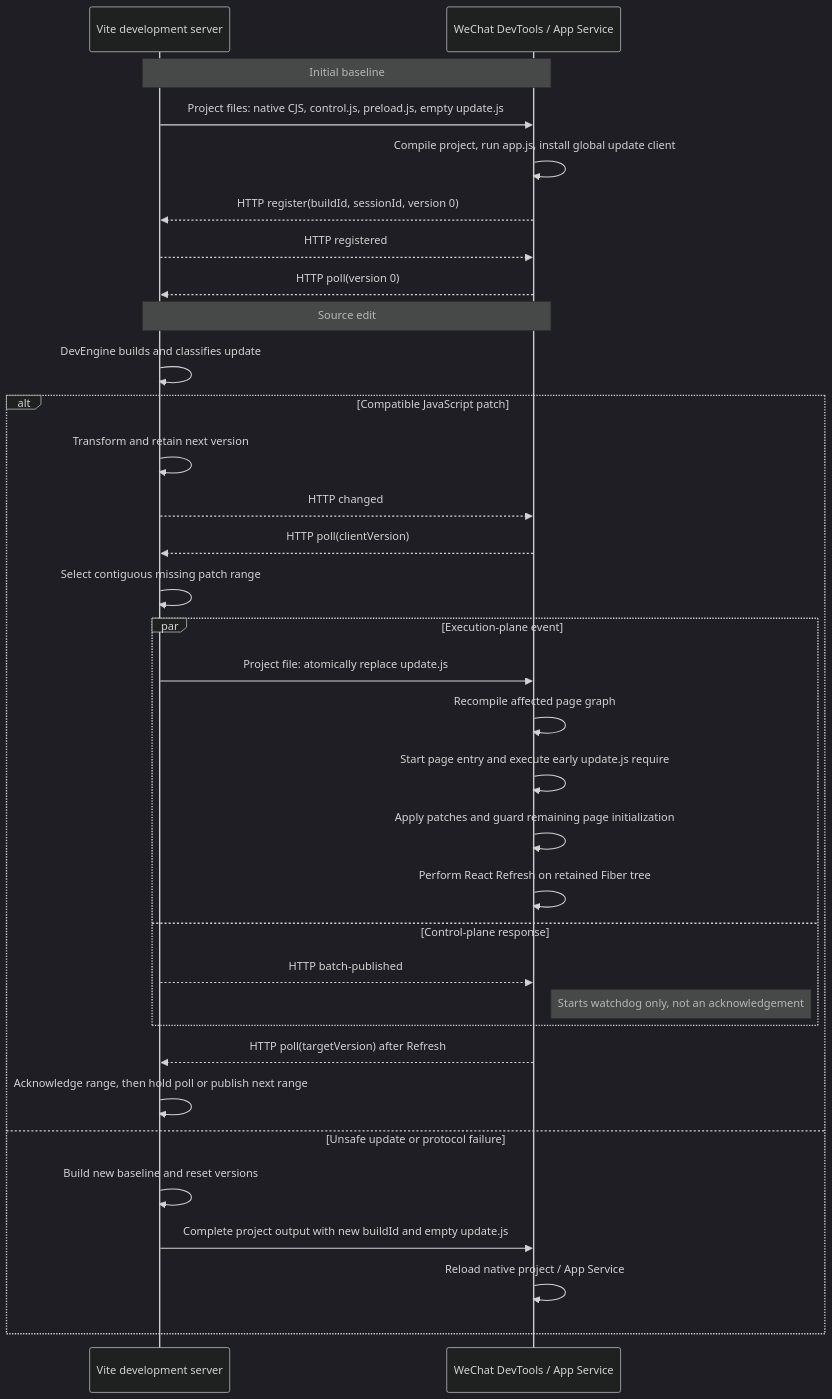
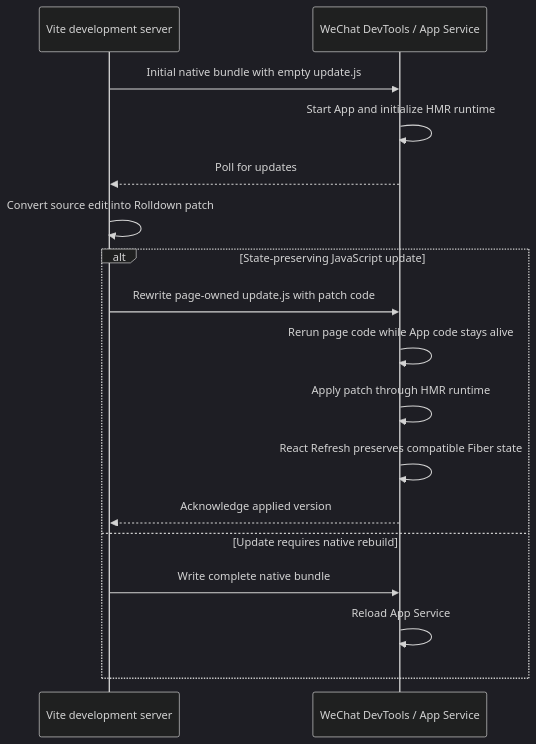
Before and after one commit to sep2/vite-plugin-taro: the diagram in draft/hmr-architecture.md, drawn with Mermaid (dark theme). The commit also changed other lines of this file, not shown here.

Commit message:
docs: clarify HMR runtime behavior and update workflows in architecture draft

````diff
--- a/draft/hmr-architecture.md
+++ b/draft/hmr-architecture.md
@@ -94,40 +94,22 @@
 ```mermaid
 sequenceDiagram
     participant Server as Vite development server
     participant WX as WeChat DevTools / App Service
 
-    Note over Server,WX: Initial baseline
-    Server->>WX: Project files: native CJS, control.js, preload.js, empty update.js
-    WX->>WX: Compile project, run app.js, install global update client
-    WX-->>Server: HTTP register(buildId, sessionId, version 0)
-    Server-->>WX: HTTP registered
-    WX-->>Server: HTTP poll(version 0)
+    Server->>WX: Initial native bundle with empty update.js
+    WX->>WX: Start App and initialize HMR runtime
+    WX-->>Server: Poll for updates
 
-    Note over Server,WX: Source edit
-    Server->>Server: DevEngine builds and classifies update
+    Server->>Server: Convert source edit into Rolldown patch
 
-    alt Compatible JavaScript patch
-        Server->>Server: Transform and retain next version
-        Server-->>WX: HTTP changed
-        WX-->>Server: HTTP poll(clientVersion)
-        Server->>Server: Select contiguous missing patch range
-
-        par Execution-plane event
-            Server->>WX: Project file: atomically replace update.js
-            WX->>WX: Recompile affected page graph
-            WX->>WX: Start page entry and execute early update.js require
-            WX->>WX: Apply patches and guard remaining page initialization
-            WX->>WX: Perform React Refresh on retained Fiber tree
-        and Control-plane response
-            Server-->>WX: HTTP batch-published
-            Note right of WX: Starts watchdog only, not an acknowledgement
-        end
-
-        WX-->>Server: HTTP poll(targetVersion) after Refresh
-        Server->>Server: Acknowledge range, then hold poll or publish next range
-    else Unsafe update or protocol failure
-        Server->>Server: Build new baseline and reset versions
-        Server->>WX: Complete project output with new buildId and empty update.js
-        WX->>WX: Reload native project / App Service
+    alt State-preserving JavaScript update
+        Server->>WX: Rewrite page-owned update.js with patch code
+        WX->>WX: Rerun page code while App code stays alive
+        WX->>WX: Apply patch through HMR runtime
+        WX->>WX: React Refresh preserves compatible Fiber state
+        WX-->>Server: Acknowledge applied version
+    else Update requires native rebuild
+        Server->>WX: Write complete native bundle
+        WX->>WX: Reload App Service
     end
 ```
````
